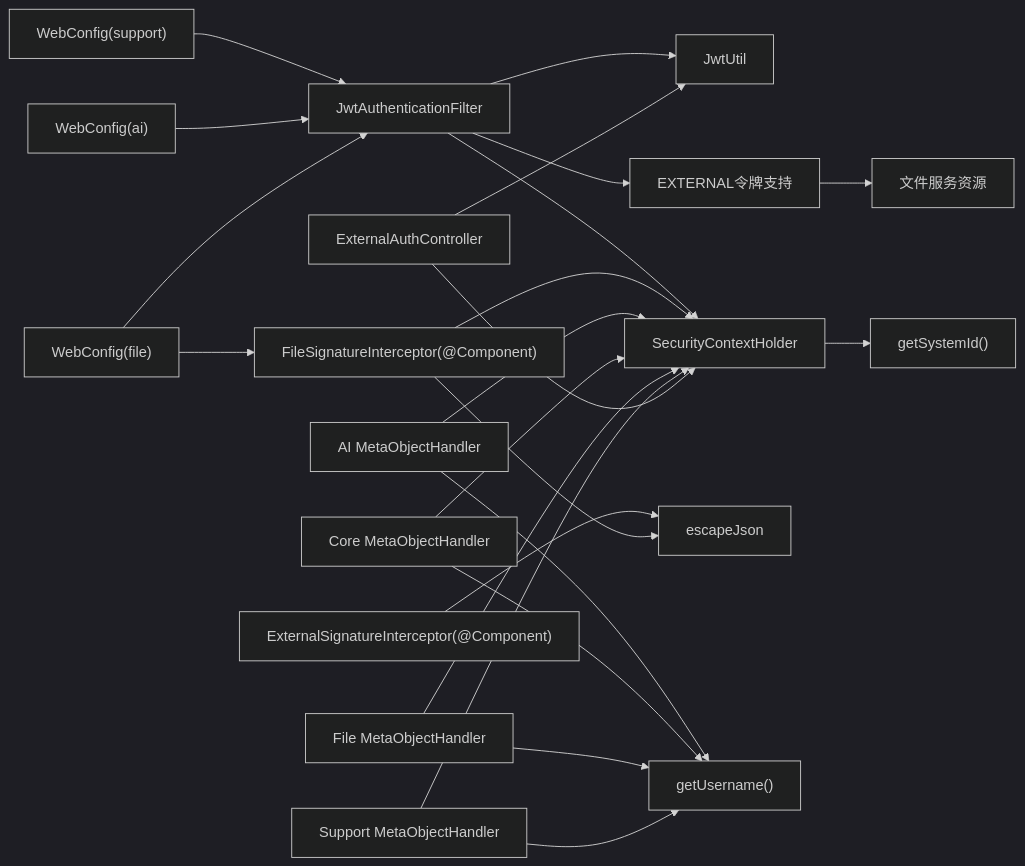
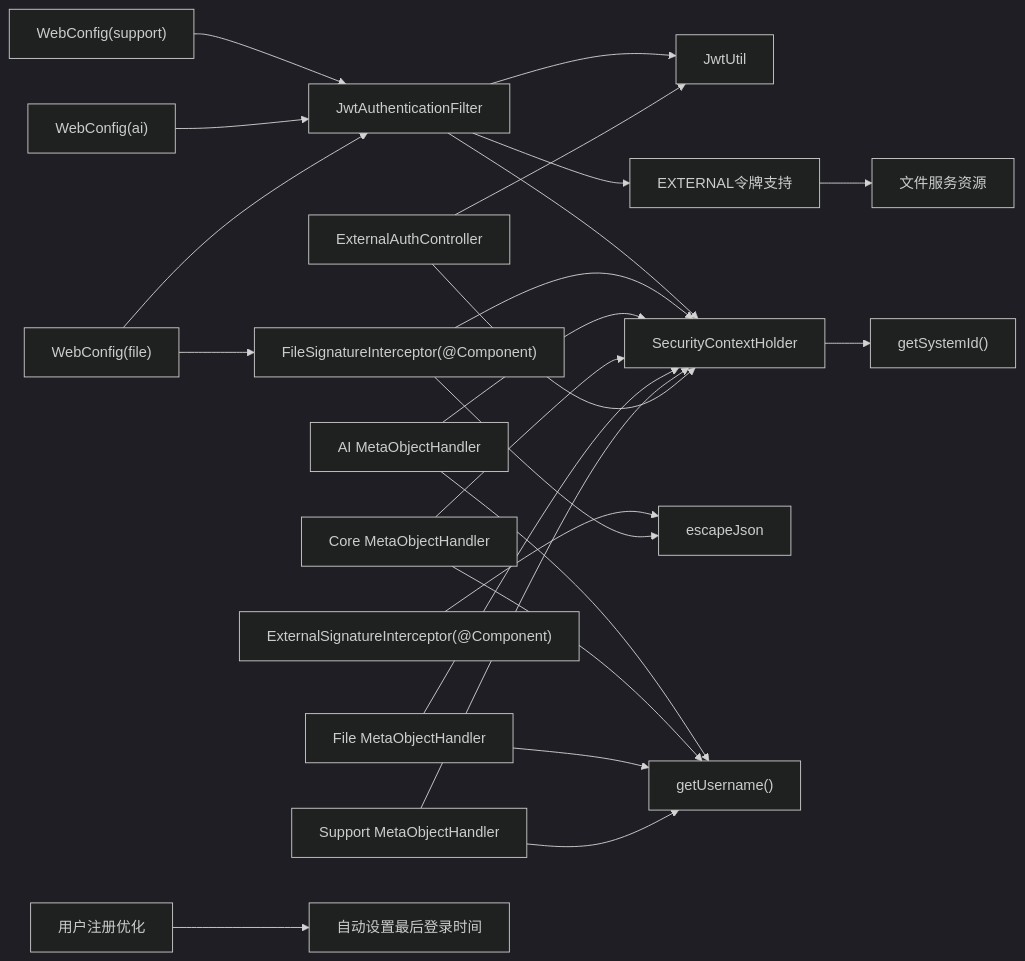
Diagram 16 of 16 in .qoder/repowiki/zh/content/后端服务/公共模块 (ele-ai-tender-common)/安全认证与授权.md (DrunkFood/First), drawn with Mermaid (dark theme) before and after one commit. The commit also changed other lines of this file and 103 other files, not shown here.

````diff
--- a/.qoder/repowiki/zh/content/后端服务/公共模块 (ele-ai-tender-common)/安全认证与授权.md
+++ b/.qoder/repowiki/zh/content/后端服务/公共模块 (ele-ai-tender-common)/安全认证与授权.md
@@ -745,25 +795,26 @@
 ```mermaid
 graph LR
 WF["WebConfig(support)"] --> JF["JwtAuthenticationFilter"]
 WA["WebConfig(ai)"] --> JF
 Wf["WebConfig(file)"] --> JF
 Wf --> FSIG["FileSignatureInterceptor(@Component)"]
 JF --> JU["JwtUtil"]
 JF --> SH["SecurityContextHolder"]
 JF --> EXT["EXTERNAL令牌支持"]
 FSIG --> SH
 ESIG["ExternalSignatureInterceptor(@Component)"] --> ESC["escapeJson"]
 FSIG --> ESC
 EXT --> FileRes["文件服务资源"]
 AIHandler["AI MetaObjectHandler"] --> SH
 CoreHandler["Core MetaObjectHandler"] --> SH
 FileHandler["File MetaObjectHandler"] --> SH
 SupportHandler["Support MetaObjectHandler"] --> SH
 AIHandler --> Username["getUsername()"]
 CoreHandler --> Username
 FileHandler --> Username
 SupportHandler --> Username
 EAC["ExternalAuthController"] --> JU
 EAC --> SH
 SH --> SystemId["getSystemId()"]
+RegOpt["用户注册优化"] --> LastLogin["自动设置最后登录时间"]
 ```
````
